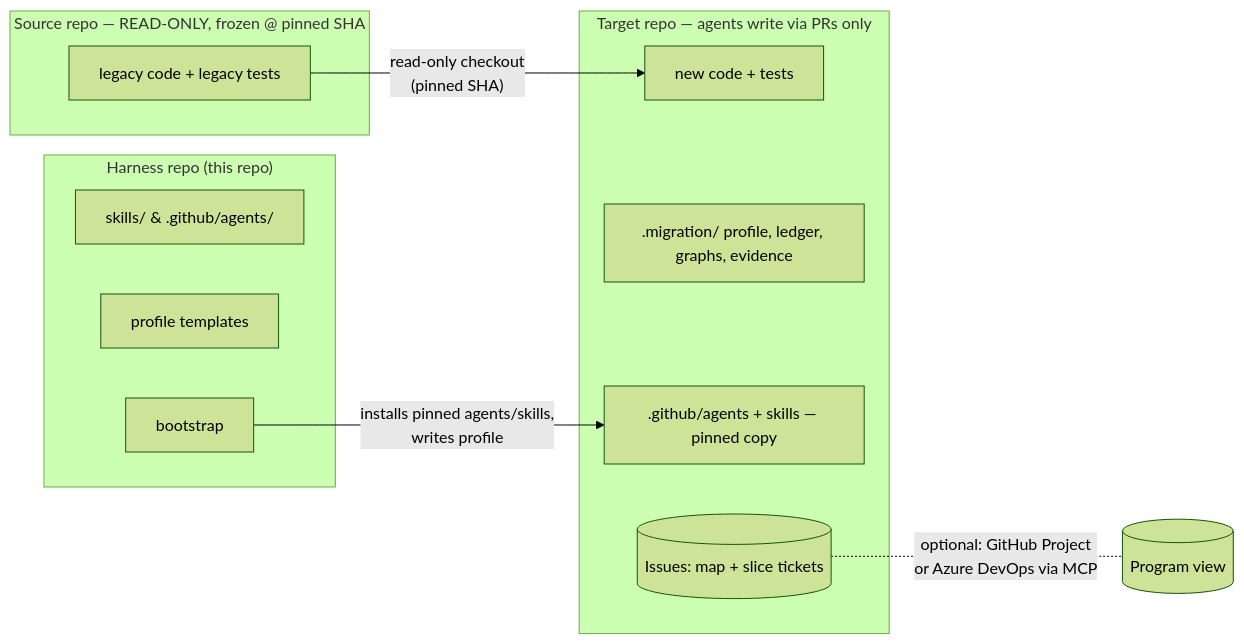
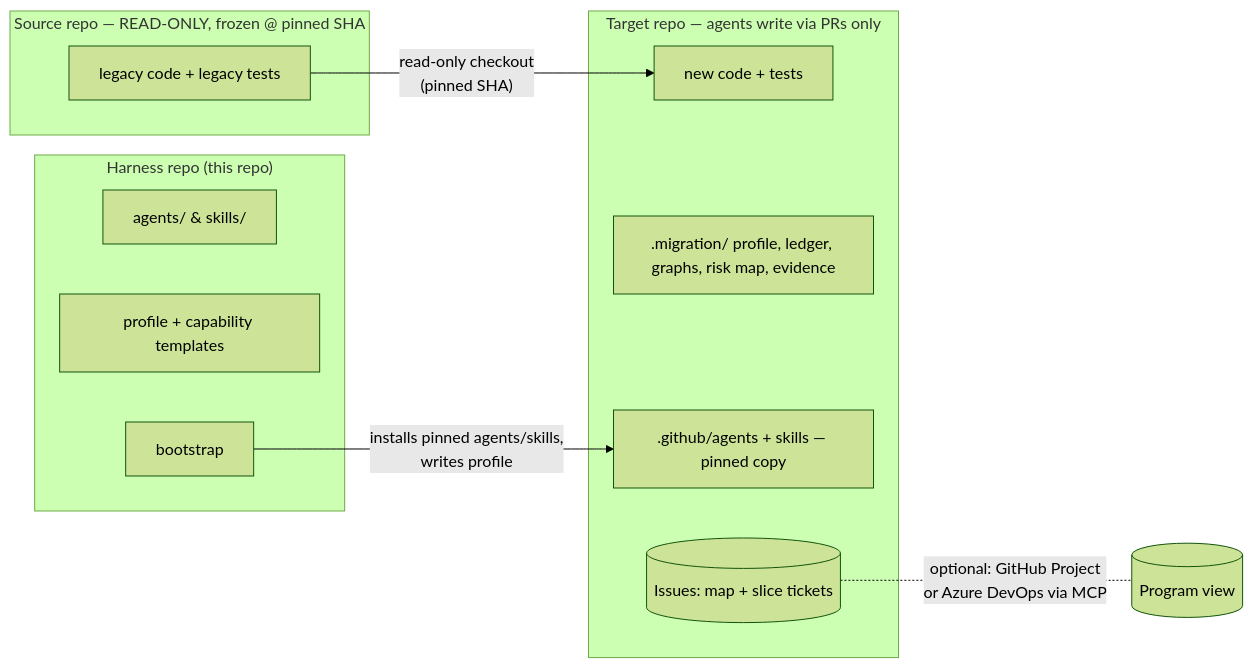
The first of 3 diagrams in docs/architecture.md (martins-vds/ai-factory-swarm), drawn with Mermaid (forest theme) before and after one commit. The commit also changed other lines of this file and 15 other files, not shown here.

First line of the commit message:
Settle open design questions (architecture v0.2)

````diff
--- a/docs/architecture.md
+++ b/docs/architecture.md
@@ -73,20 +80,20 @@
 ```mermaid
 flowchart LR
   subgraph H["Harness repo (this repo)"]
-    HS[skills/ & .github/agents/]
-    HP[profile templates]
+    HS[agents/ & skills/]
+    HP[profile + capability templates]
     HB[bootstrap]
   end
   subgraph S["Source repo — READ-ONLY, frozen @ pinned SHA"]
     SC[legacy code + legacy tests]
   end
   subgraph T["Target repo — agents write via PRs only"]
     TC[new code + tests]
-    TM[.migration/ profile, ledger, graphs, evidence]
+    TM[.migration/ profile, ledger, graphs, risk map, evidence]
     TA[.github/agents + skills — pinned copy]
     TI[(Issues: map + slice tickets)]
   end
   HB -- "installs pinned agents/skills,\nwrites profile" --> TA
   SC -- "read-only checkout\n(pinned SHA)" --> TC
   TI -. "optional: GitHub Project\nor Azure DevOps via MCP" .- P[(Program view)]
 ```
````
